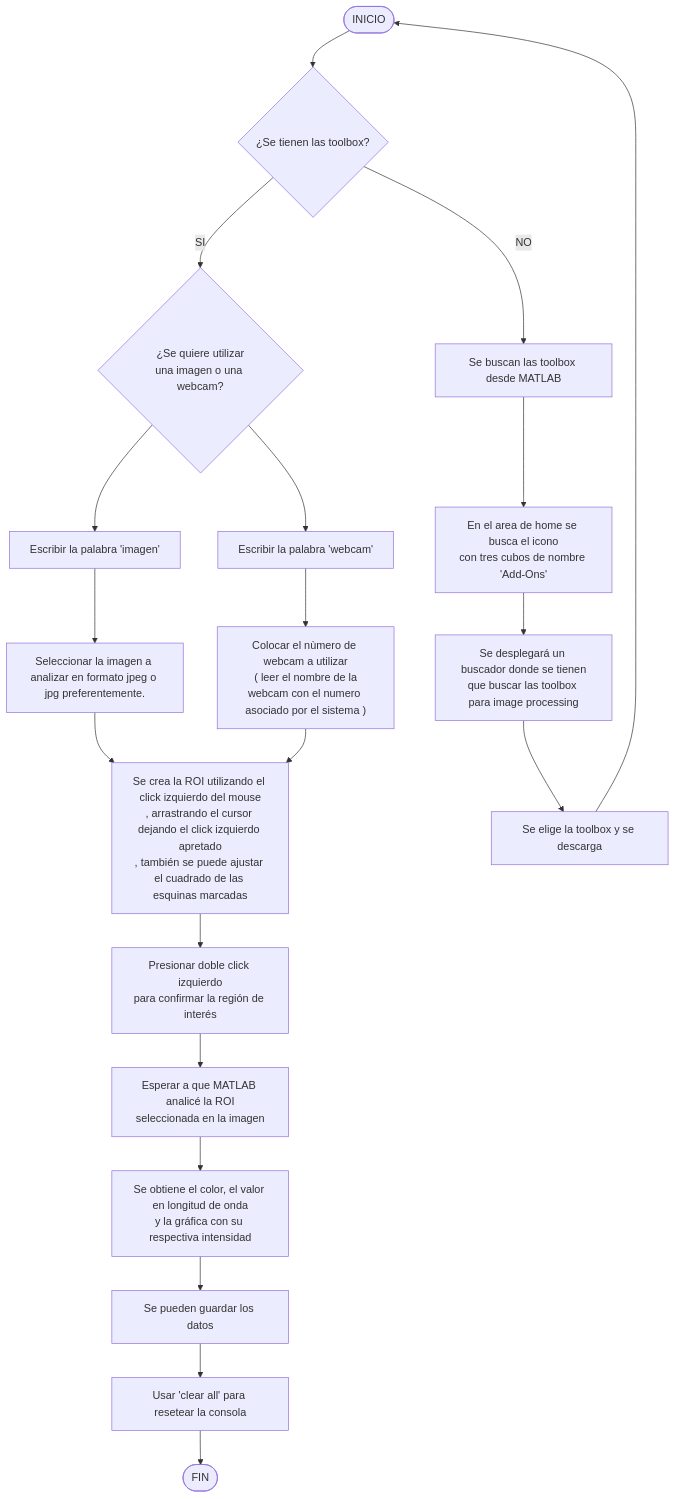
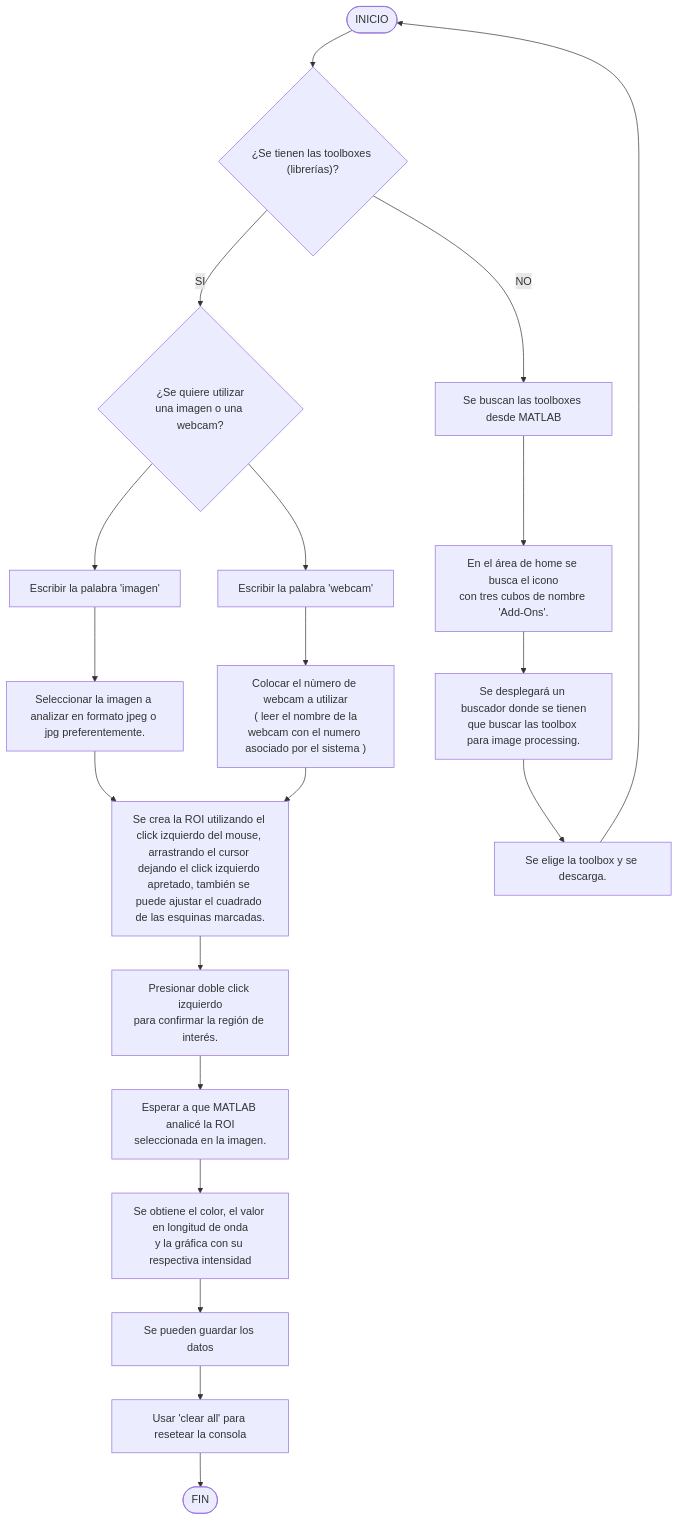
Before and after one commit to YaelDan8/Proyecto-de-Flurimetro-casero: the diagram in README.md, drawn with Mermaid.

````diff
--- a/README.md
+++ b/README.md
@@ -8,54 +8,54 @@
 ```mermaid
 flowchart TD
   Start([INICIO]);
 
   A1[Escribir la palabra 'imagen'];
   A2[Seleccionar la imagen a analizar en formato jpeg o jpg preferentemente.];
-  A3[Presionar doble click izquierdo\npara confirmar la región de interés];
+  A3[Presionar doble click izquierdo\npara confirmar la región de interés.];
 
-  B1{¿Se tienen las toolbox?};
-  B2[Se buscan las toolbox desde MATLAB];
-  B3[En el area de home se busca el icono\ncon tres cubos de nombre 'Add-Ons'];
-  B4[Se desplegará un buscador donde se tienen\nque buscar las toolbox para image processing];
-  B5[Se elige la toolbox y se descarga];
+  B1{¿Se tienen las toolboxes &#40librerías&#41?};
+  B2[Se buscan las toolboxes desde MATLAB];
+  B3[En el área de home se busca el icono\ncon tres cubos de nombre 'Add-Ons'.];
+  B4[Se desplegará un buscador donde se tienen\nque buscar las toolbox para image processing.];
+  B5[Se elige la toolbox y se descarga.];
 
   C1{¿Se quiere utilizar\nuna imagen o una webcam?};
 
-  D1[Se crea la ROI utilizando el click izquierdo del mouse\n, arrastrando el cursor dejando el click izquierdo apretado\n, también se puede ajustar el cuadrado de las esquinas marcadas]
-  D2[Esperar a que MATLAB analicé la ROI\nseleccionada en la imagen];
+  D1[Se crea la ROI utilizando el click izquierdo del mouse, arrastrando el cursor dejando el click izquierdo apretado, también se puede ajustar el cuadrado de las esquinas marcadas.]
+  D2[Esperar a que MATLAB analicé la ROI\nseleccionada en la imagen.];
 
   E1[Escribir la palabra 'webcam'];
   E2[Colocar el nùmero de webcam a utilizar\n &#40 leer el nombre de la webcam con el numero asociado por el sistema &#41];
 
   F1[Se pueden guardar los datos];
   F2[Usar 'clear all' para resetear la consola];
 
   G[Se obtiene el color, el valor en longitud de onda\ny la gráfica con su respectiva intensidad];
 
   End([FIN]);
 
   %% Flujo
   Start -->  B1 -->|SI| C1;
   B1 -->|NO| B2;
   B2 --> B3;
   B3 --> B4;
   B4 --> B5;
   B5 --> Start;
   
   C1 --> A1;
   C1 --> E1;
   
   A1 --> A2;
   E1 --> E2;
 
   A2 --> D1;
   E2 --> D1;
   D1 --> A3;
 
   A3 --> D2;
   D2 --> G;
   G --> F1;
   F1 --> F2;
 
   F2 --> End;
 ```
````
